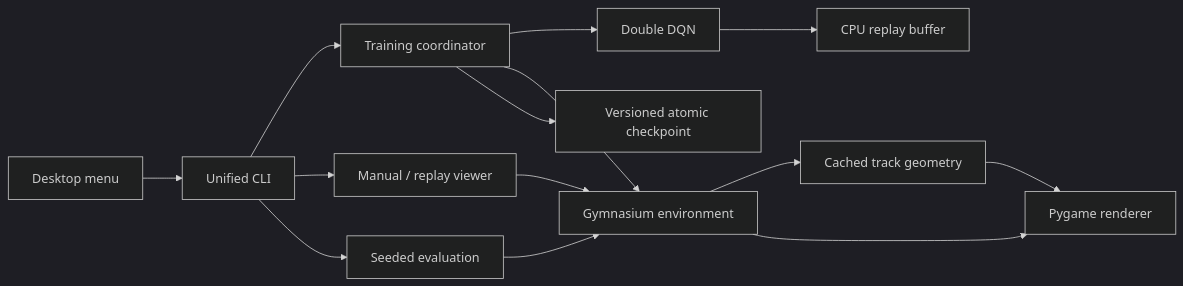
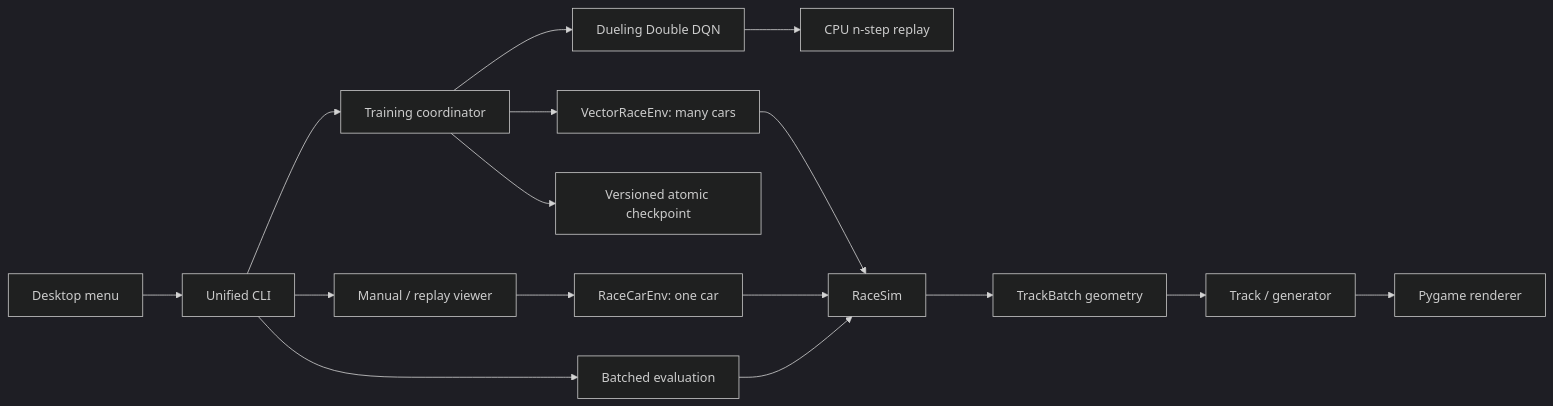
Before and after one commit to Usman-Siddiqi/ml-race-trainer: the diagram in docs/ARCHITECTURE.md, drawn with Mermaid (dark theme). The commit also changed other lines of this file and 10 other files, not shown here.

````diff
--- a/docs/ARCHITECTURE.md
+++ b/docs/ARCHITECTURE.md
@@ -3,16 +3,18 @@
 ```mermaid
 flowchart LR
     App[Desktop menu] --> CLI[Unified CLI]
     CLI --> Train[Training coordinator]
     CLI --> Viewer[Manual / replay viewer]
-    CLI --> Eval[Seeded evaluation]
-    Train --> Agent[Double DQN]
-    Agent --> Replay[CPU replay buffer]
-    Train --> Env[Gymnasium environment]
-    Viewer --> Env
-    Eval --> Env
-    Env --> Track[Cached track geometry]
-    Env --> Render[Pygame renderer]
-    Track --> Render
+    CLI --> Eval[Batched evaluation]
+    Train --> Agent[Dueling Double DQN]
+    Agent --> Replay[CPU n-step replay]
+    Train --> Vector[VectorRaceEnv: many cars]
+    Viewer --> Single[RaceCarEnv: one car]
+    Vector --> Sim[RaceSim]
+    Single --> Sim
+    Eval --> Sim
+    Sim --> Batch[TrackBatch geometry]
+    Batch --> Track[Track / generator]
+    Track --> Render[Pygame renderer]
     Train --> Checkpoint[Versioned atomic checkpoint]
 ```
````
